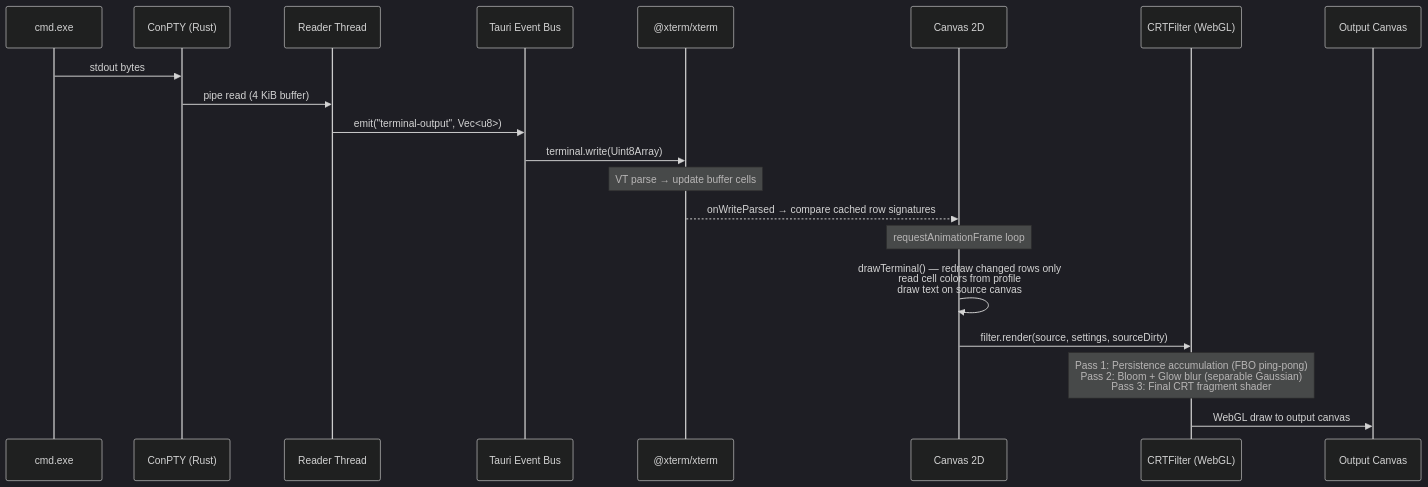
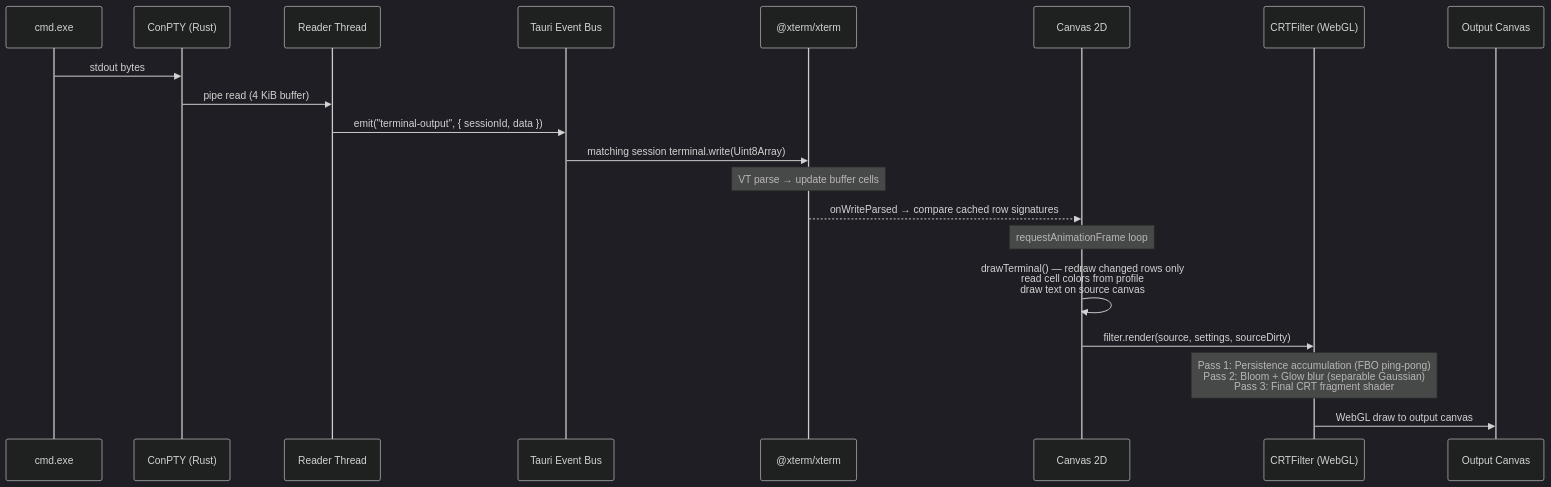
The second of 5 diagrams in docs/02-architecture.md (z-hunter/Scanline-Term), drawn with Mermaid (dark theme) before and after one commit. The commit also changed other lines of this file and 26 other files, not shown here.

````diff
--- a/docs/02-architecture.md
+++ b/docs/02-architecture.md
@@ -94,23 +96,23 @@
 ```mermaid
 sequenceDiagram
     participant Shell as cmd.exe
     participant ConPTY as ConPTY (Rust)
     participant Reader as Reader Thread
     participant Tauri as Tauri Event Bus
     participant Xterm as @xterm/xterm
     participant Canvas as Canvas 2D
     participant CRT as CRTFilter (WebGL)
     participant Screen as Output Canvas
 
     Shell->>ConPTY: stdout bytes
     ConPTY->>Reader: pipe read (4 KiB buffer)
-    Reader->>Tauri: emit("terminal-output", Vec<u8>)
-    Tauri->>Xterm: terminal.write(Uint8Array)
+    Reader->>Tauri: emit("terminal-output", { sessionId, data })
+    Tauri->>Xterm: matching session terminal.write(Uint8Array)
     Note over Xterm: VT parse → update buffer cells
     Xterm-->>Canvas: onWriteParsed → compare cached row signatures
     Note over Canvas: requestAnimationFrame loop
     Canvas->>Canvas: drawTerminal() — redraw changed rows only<br/>read cell colors from profile<br/>draw text on source canvas
     Canvas->>CRT: filter.render(source, settings, sourceDirty)
     Note over CRT: Pass 1: Persistence accumulation (FBO ping-pong)<br/>Pass 2: Bloom + Glow blur (separable Gaussian)<br/>Pass 3: Final CRT fragment shader
     CRT->>Screen: WebGL draw to output canvas
 ```
````
